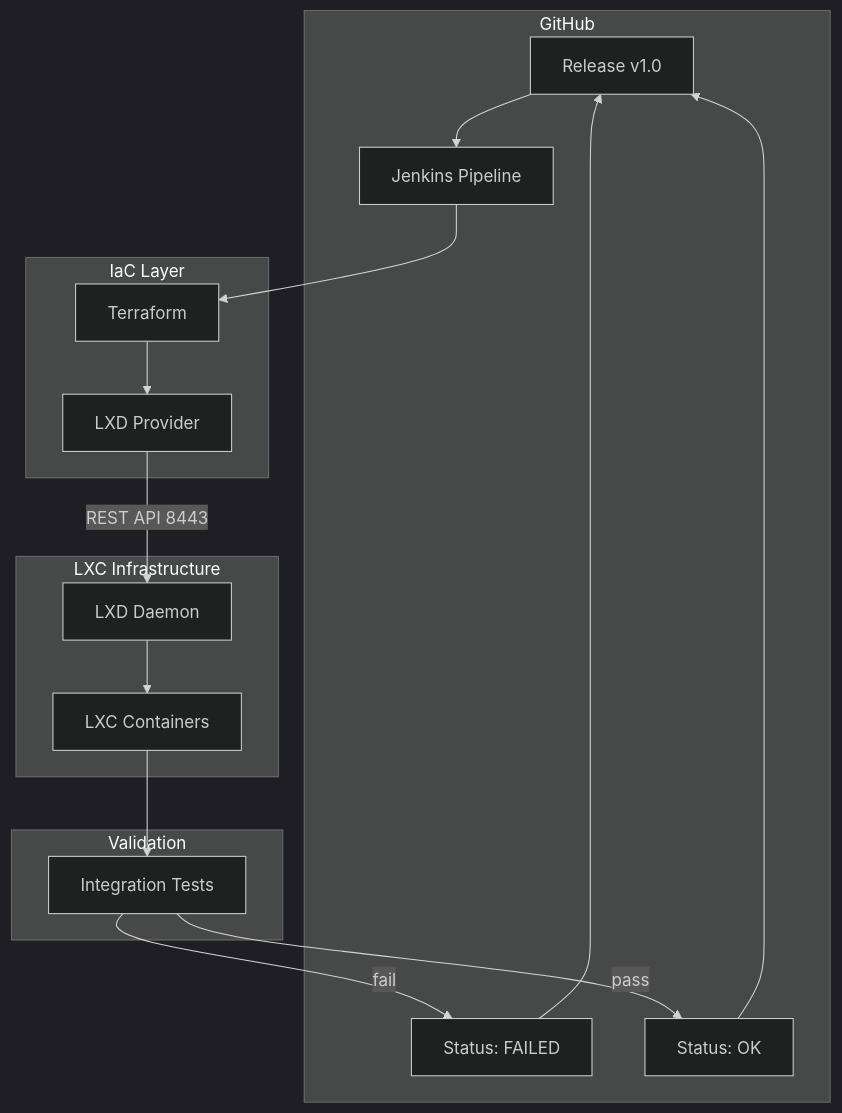
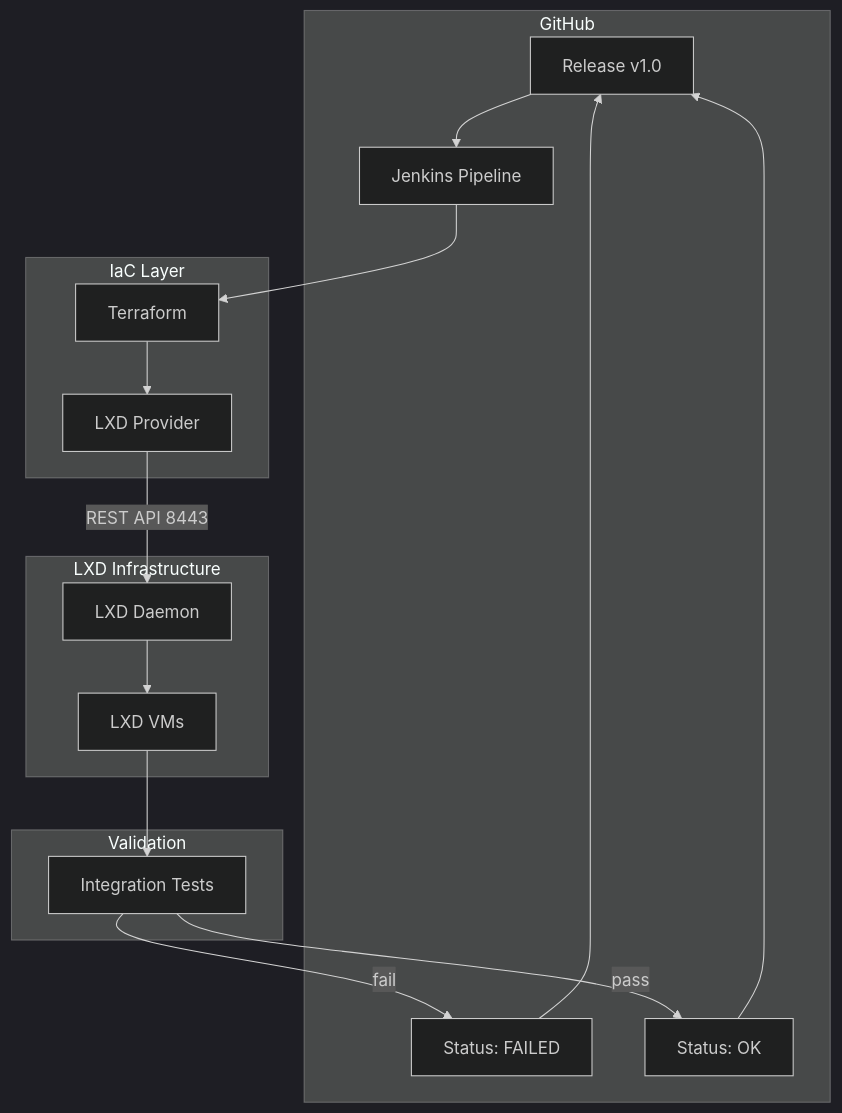
Before and after one commit to DurianLAB/terraform: the diagram in docs/diagram.md, drawn with Mermaid (dark theme). The commit also changed other lines of this file, not shown here.

Commit message:
Fix: update diagrams to show LXD VMs instead of LXC containers

````diff
--- a/docs/diagram.md
+++ b/docs/diagram.md
@@ -70,24 +71,24 @@
 ```mermaid
 graph TB
     subgraph "GitHub"
         A[Release v1.0] --> B[Jenkins Pipeline]
         F[Status: FAILED] --> A
         G[Status: OK] --> A
     end
     
     subgraph "IaC Layer"
         B --> C[Terraform]
         C --> D[LXD Provider]
     end
     
-    subgraph "LXC Infrastructure"
+    subgraph "LXD Infrastructure"
         D -->|REST API 8443| E[LXD Daemon]
-        E --> F1[LXC Containers]
+        E --> F1[LXD VMs]
     end
     
     subgraph "Validation"
         F1 --> H[Integration Tests]
         H -->|pass| G
         H -->|fail| F
     end
 ```
````
